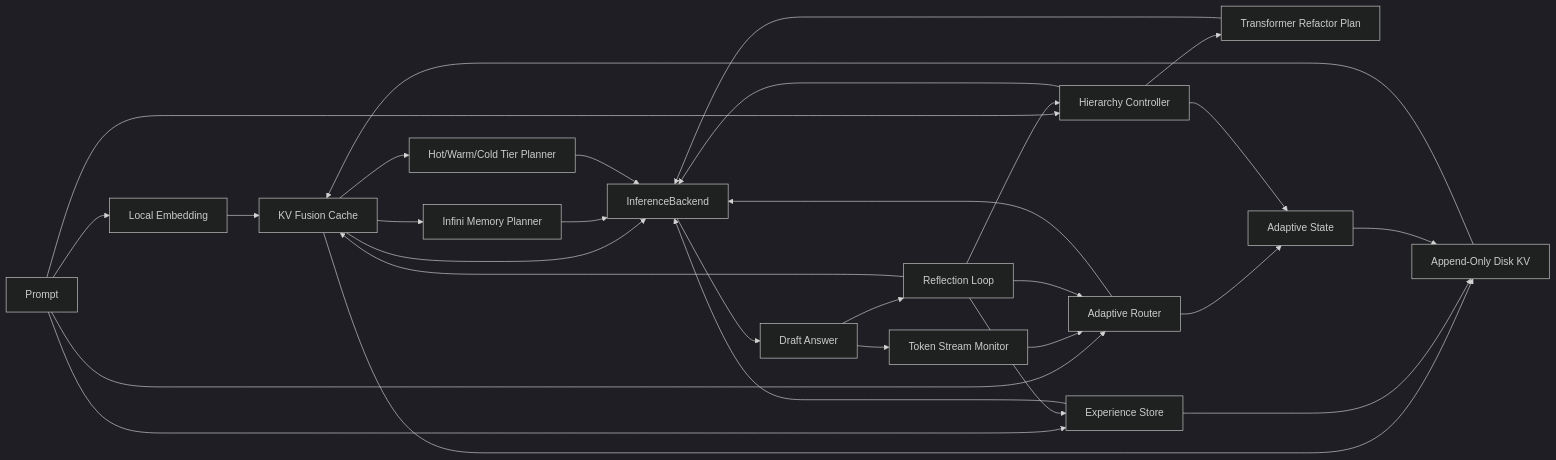
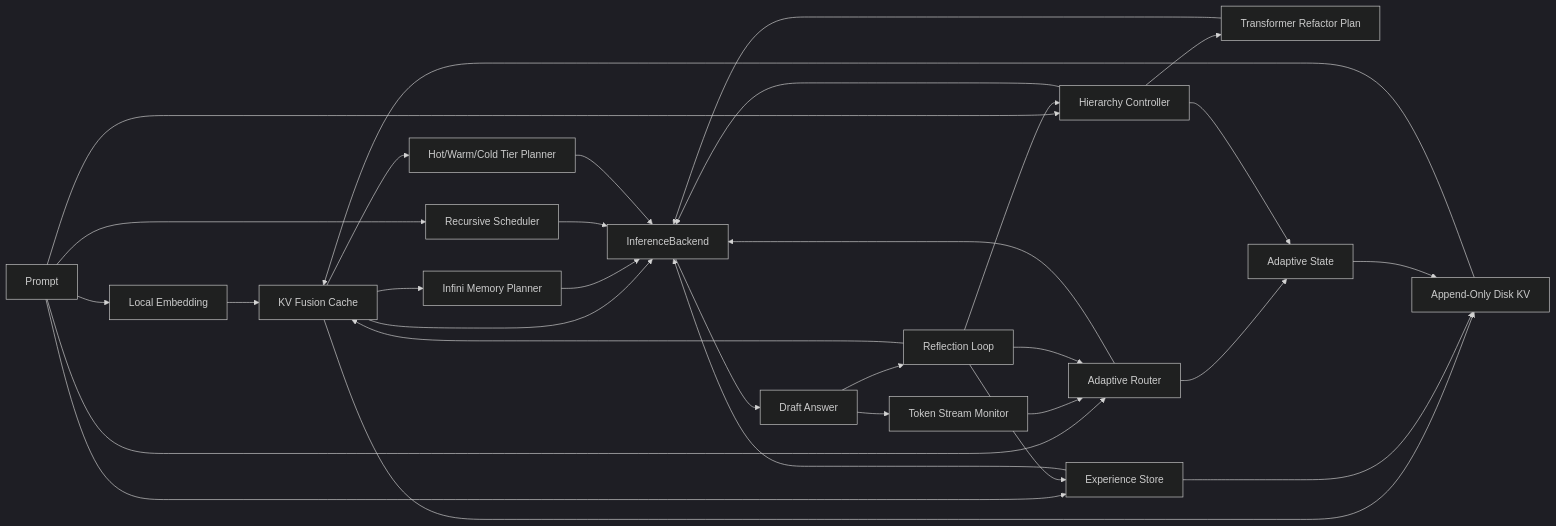
The diagram in README.md (yanghao1143/rust-norion), drawn with Mermaid (dark theme) before and after one commit. The commit also changed other lines of this file and 6 other files, not shown here.

Commit message:
Add recursive long-context scheduler

````diff
--- a/README.md
+++ b/README.md
@@ -191,32 +198,34 @@
 ```mermaid
 flowchart LR
     Prompt[Prompt] --> Embed[Local Embedding]
     Embed --> Memory[KV Fusion Cache]
     Memory --> Infini[Infini Memory Planner]
     Memory --> DiskKV[Append-Only Disk KV]
     Memory --> Tiers[Hot/Warm/Cold Tier Planner]
     Prompt --> Router[Adaptive Router]
     Prompt --> Hierarchy[Hierarchy Controller]
+    Prompt --> Recursive[Recursive Scheduler]
     Prompt --> Experience[Experience Store]
     Hierarchy --> Transformer[Transformer Refactor Plan]
     Memory --> Backend[InferenceBackend]
     Infini --> Backend
+    Recursive --> Backend
     DiskKV --> Memory
     Tiers --> Backend
     Experience --> Backend
     Transformer --> Backend
     Router --> Backend
     Hierarchy --> Backend
     Backend --> Draft[Draft Answer]
     Draft --> Stream[Token Stream Monitor]
     Draft --> Reflect[Reflection Loop]
     Stream --> Router
     Reflect --> Experience[Experience Store]
     Reflect --> Memory
     Experience --> DiskKV
     Reflect --> Router
     Reflect --> Hierarchy
     Router --> Adaptive[Adaptive State]
     Hierarchy --> Adaptive
     Adaptive --> DiskKV
 ```
````
